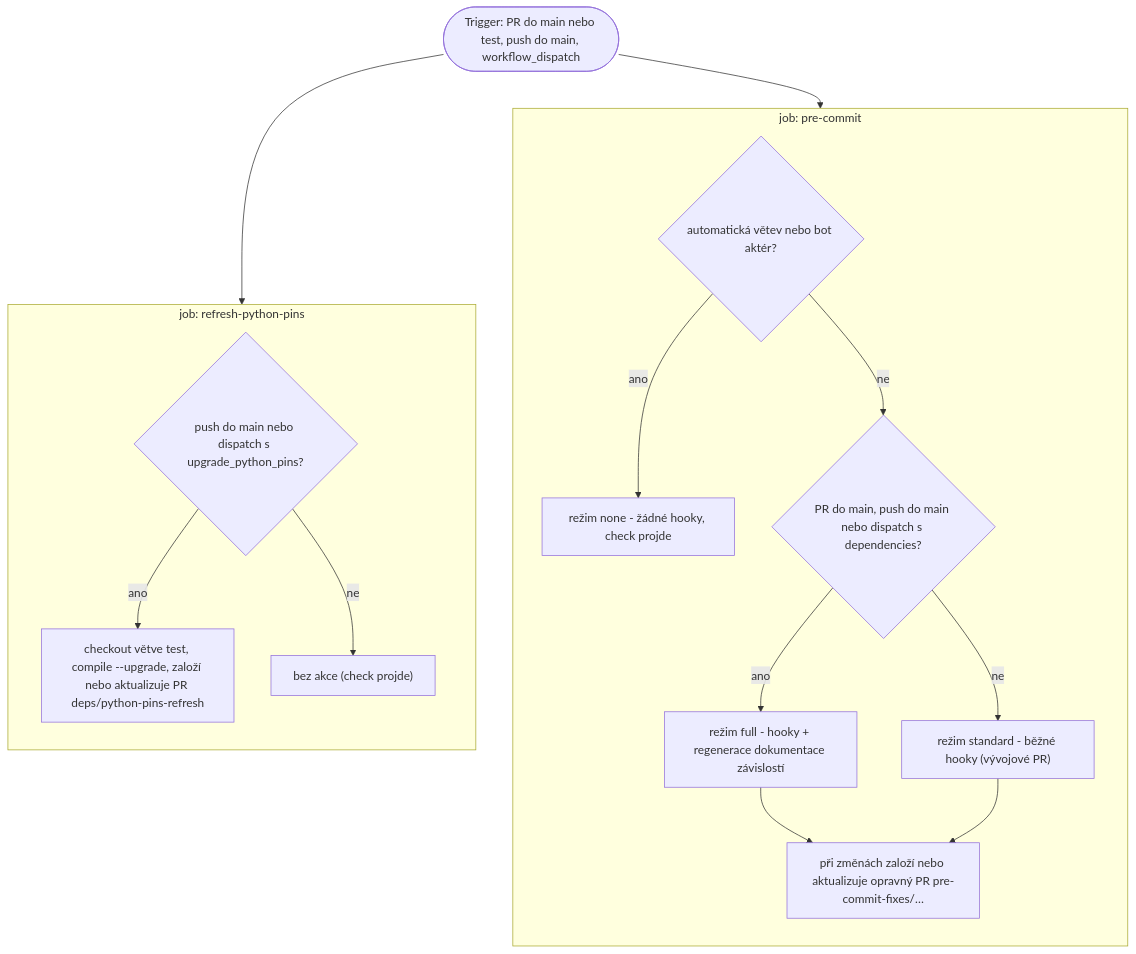
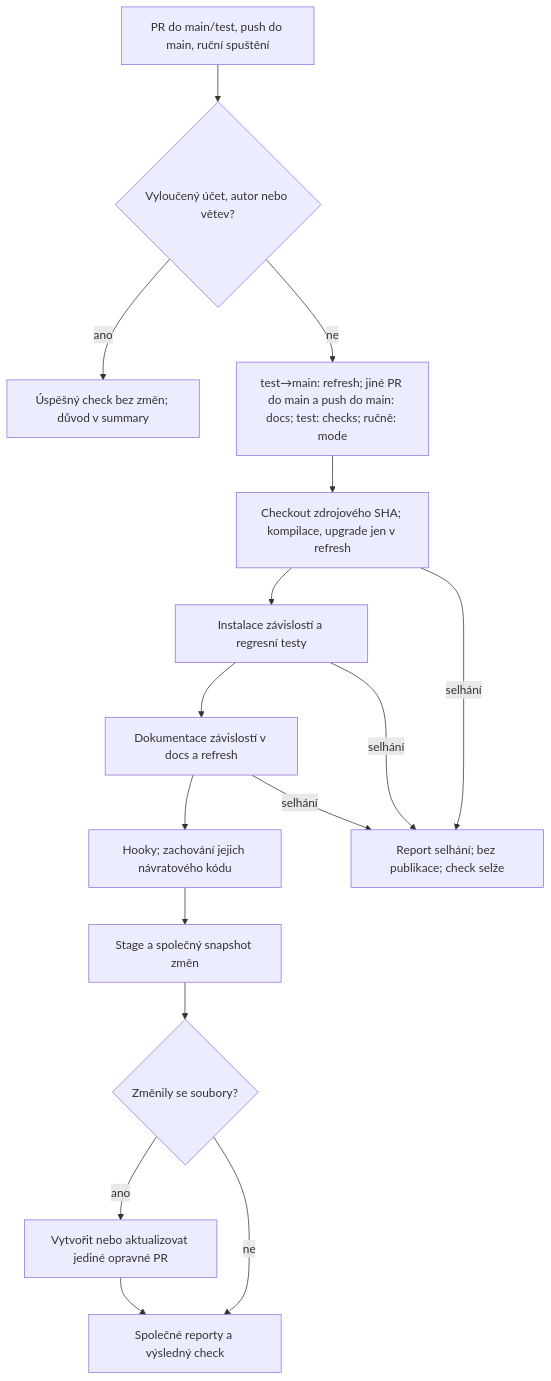
One commit to ARUP-CAS/aiscr-webamcr changed the diagram in docs/source/03_vyvoj/kodovaci_standardy.rst. Above: the diagram before and after it, drawn with Mermaid. The commit also changed other lines of this file and 18 other files, not shown here.

First line of the commit message:
feat: Add automated CI checks and fixes workflow (#4402)

```diff
--- a/docs/source/03_vyvoj/kodovaci_standardy.rst
+++ b/docs/source/03_vyvoj/kodovaci_standardy.rst
@@ -120,24 +133,19 @@
 .. mermaid::
    :align: center
 
    flowchart TD
-       subgraph PC["job: pre-commit"]
-           direction TB
-           M{"automatická větev nebo bot aktér?"}
-           M -- "ano" --> NONE["režim none - žádné hooky, check projde"]
-           M -- "ne" --> MAIN{"PR do main, push do main nebo dispatch s dependencies?"}
-           MAIN -- "ano" --> FULL["režim full - hooky + regenerace dokumentace závislostí"]
-           MAIN -- "ne" --> STD["režim standard - běžné hooky (vývojové PR)"]
-           FULL --> FIX["při změnách založí nebo aktualizuje opravný PR pre-commit-fixes/…"]
-           STD --> FIX
-       end
-
-       subgraph RP["job: refresh-python-pins"]
-           direction TB
-           G2{"push do main nebo dispatch s upgrade_python_pins?"}
-           G2 -- "ano" --> W2["checkout větve test, compile --upgrade, založí nebo aktualizuje PR deps/python-pins-refresh"]
-           G2 -- "ne" --> N2["bez akce (check projde)"]
-       end
-
-       T([Trigger: PR do main nebo test, push do main, workflow_dispatch]) --> M
-       T --> G2
+       T["PR do main/test, push do main, ruční spuštění"] --> G{"Vyloučený účet, autor nebo větev?"}
+       G -- "ano" --> N["Úspěšný check bez změn; důvod v summary"]
+       G -- "ne" --> M["test→main: refresh; jiné PR do main a push do main: docs; test: checks; ručně: mode"]
+       M --> C["Checkout zdrojového SHA; kompilace, upgrade jen v refresh"]
+       C --> I["Instalace závislostí a regresní testy"]
+       I --> D["Dokumentace závislostí v docs a refresh"]
+       D --> H["Hooky; zachování jejich návratového kódu"]
+       H --> S["Stage a společný snapshot změn"]
+       S --> F{"Změnily se soubory?"}
+       F -- "ano" --> P["Vytvořit nebo aktualizovat jediné opravné PR"]
+       F -- "ne" --> R["Společné reporty a výsledný check"]
+       P --> R
+       C -- "selhání" --> E["Report selhání; bez publikace; check selže"]
+       I -- "selhání" --> E
+       D -- "selhání" --> E
```
